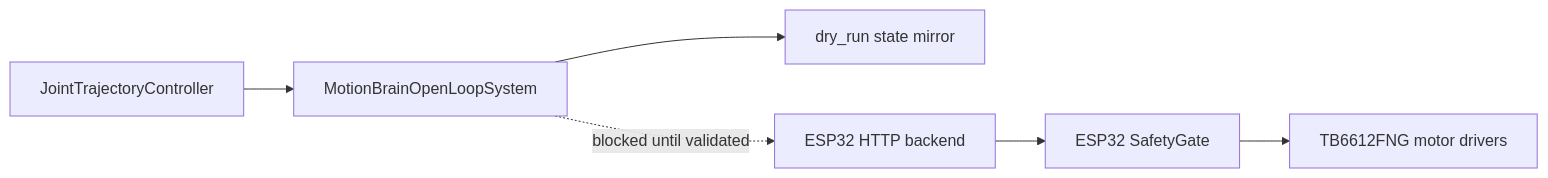
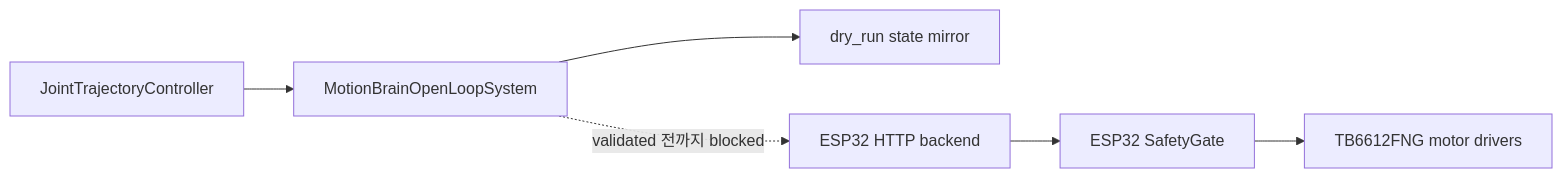
The diagram in docs/evidence/2026-06-16-ros2-control-open-loop.md (ParkJsoo/motionbrain), drawn with Mermaid before and after one commit. The commit also changed other lines of this file and 10 other files, not shown here.

````diff
--- a/docs/evidence/2026-06-16-ros2-control-open-loop.md
+++ b/docs/evidence/2026-06-16-ros2-control-open-loop.md
@@ -47,8 +47,8 @@
 ```mermaid
 flowchart LR
   A[JointTrajectoryController] --> B[MotionBrainOpenLoopSystem]
   B --> C[dry_run state mirror]
-  B -. blocked until validated .-> D[ESP32 HTTP backend]
+  B -. validated 전까지 blocked .-> D[ESP32 HTTP backend]
   D --> E[ESP32 SafetyGate]
   E --> F[TB6612FNG motor drivers]
 ```
````
